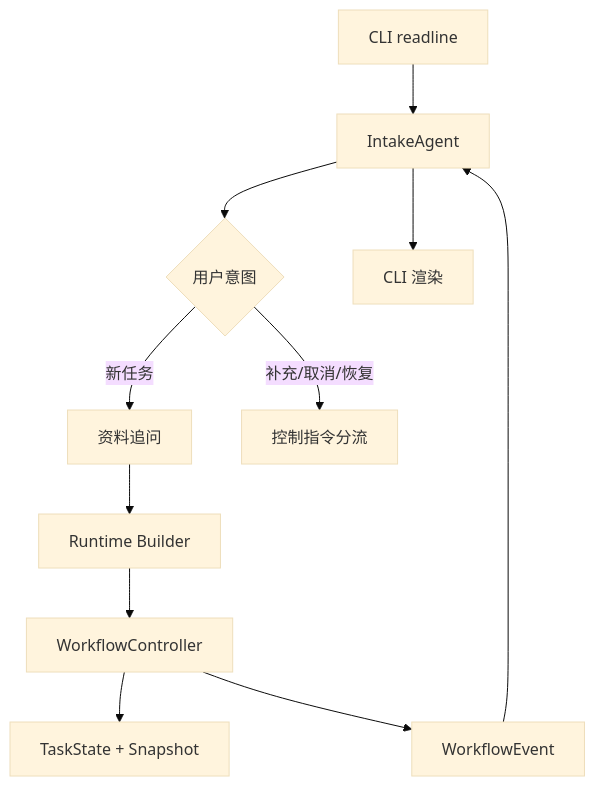
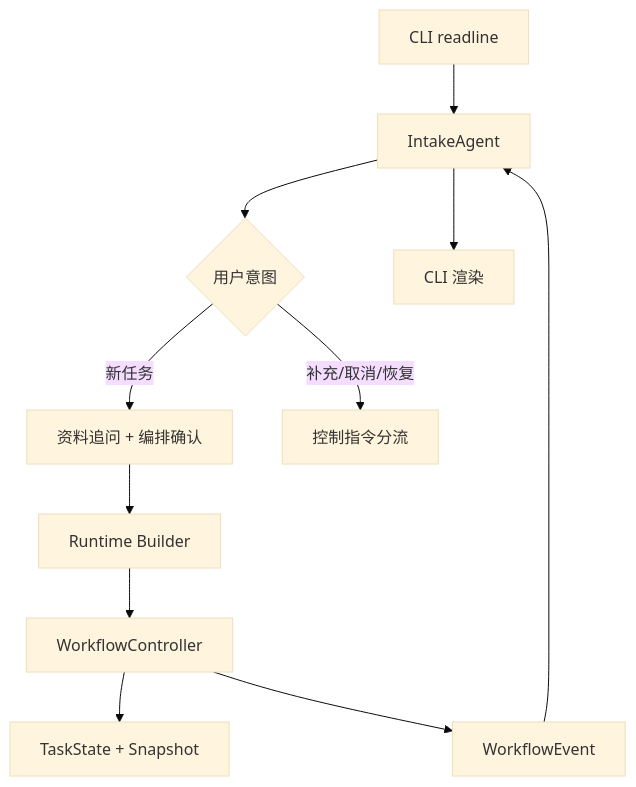
One commit to AryzingKhaos/AegisFlow changed the first of 17 diagrams in roleflow/implementation/0.1.0/delivery/default-workflow-intake-layer-code-walkthrough.md. Above: the diagram before and after it, drawn with Mermaid (base theme). The commit also changed other lines of this file and 10 other files, not shown here.

````diff
--- a/roleflow/implementation/0.1.0/delivery/default-workflow-intake-layer-code-walkthrough.md
+++ b/roleflow/implementation/0.1.0/delivery/default-workflow-intake-layer-code-walkthrough.md
@@ -19,13 +19,13 @@
 ```mermaid
 flowchart TD
     A[CLI readline] --> B[IntakeAgent]
     B --> C{用户意图}
-    C -->|新任务| D[资料追问]
+    C -->|新任务| D[资料追问 + 编排确认]
     C -->|补充/取消/恢复| E[控制指令分流]
     D --> F[Runtime Builder]
     F --> G[WorkflowController]
     G --> H[TaskState + Snapshot]
     G --> I[WorkflowEvent]
     I --> B
     B --> J[CLI 渲染]
 ```
````
